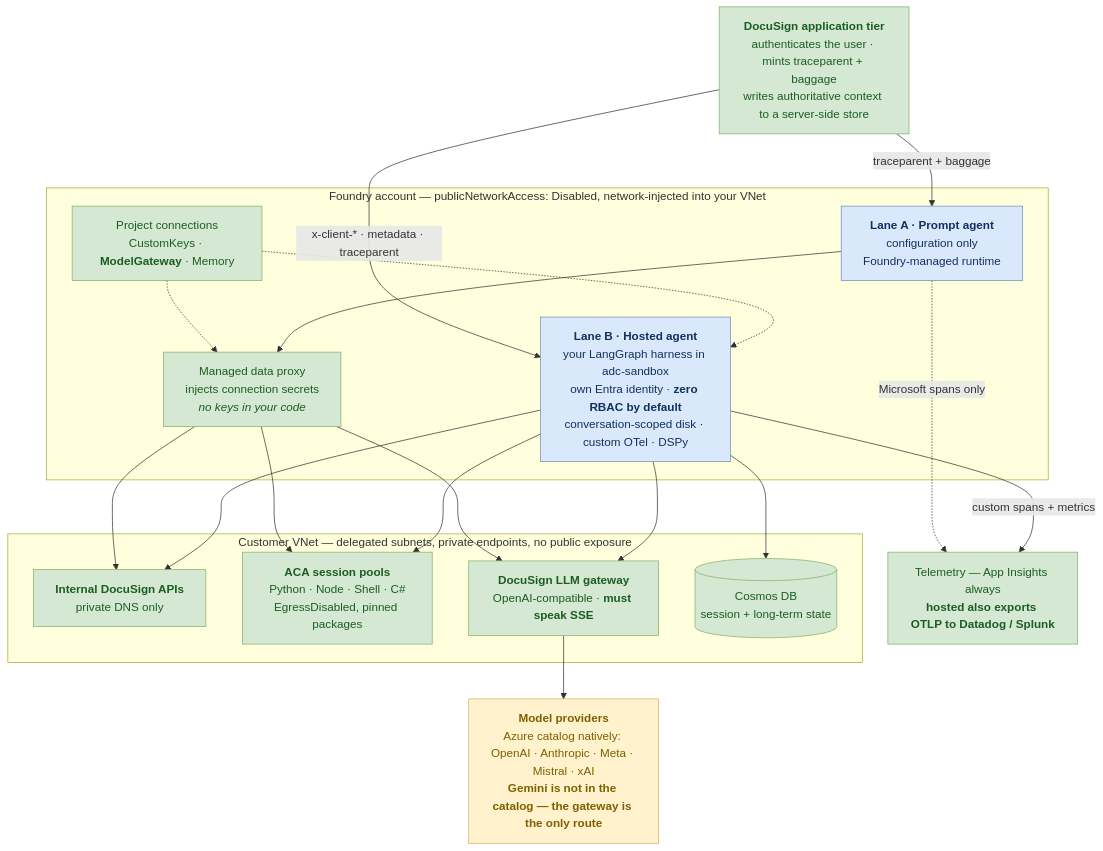
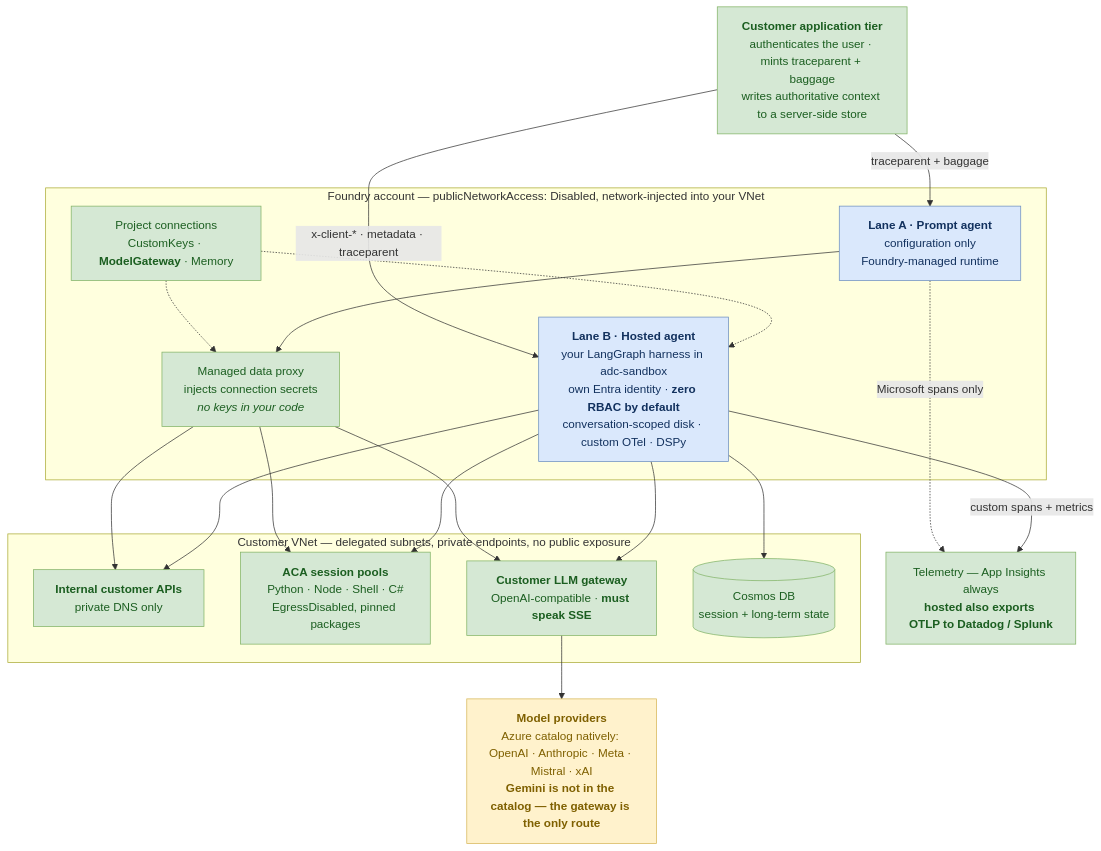
Before and after one commit to james-tn/foundry-agent-secure-patterns: the first of 2 diagrams in README.md, drawn with Mermaid. The commit also changed other lines of this file and 10 other files, not shown here.

````diff
--- a/README.md
+++ b/README.md
@@ -58,46 +58,46 @@
 ```mermaid
 flowchart TB
-  APP["<b>DocuSign application tier</b><br/>authenticates the user · mints traceparent + baggage<br/>writes authoritative context to a server-side store"]
+  APP["<b>Customer application tier</b><br/>authenticates the user · mints traceparent + baggage<br/>writes authoritative context to a server-side store"]
 
   subgraph FOUNDRY["Foundry account — publicNetworkAccess: Disabled, network-injected into your VNet"]
     PDEF["<b>Lane A · Prompt agent</b><br/>configuration only<br/>Foundry-managed runtime"]
     PROXY["Managed data proxy<br/>injects connection secrets<br/><i>no keys in your code</i>"]
     SBX["<b>Lane B · Hosted agent</b><br/>your LangGraph harness in adc-sandbox<br/>own Entra identity · <b>zero RBAC by default</b><br/>conversation-scoped disk · custom OTel · DSPy"]
     CONN["Project connections<br/>CustomKeys · <b>ModelGateway</b> · Memory"]
   end
 
   subgraph VNET["Customer VNet — delegated subnets, private endpoints, no public exposure"]
-    INTAPI["<b>Internal DocuSign APIs</b><br/>private DNS only"]
+    INTAPI["<b>Internal customer APIs</b><br/>private DNS only"]
     POOL["<b>ACA session pools</b><br/>Python · Node · Shell · C#<br/>EgressDisabled, pinned packages"]
-    GW["<b>DocuSign LLM gateway</b><br/>OpenAI-compatible · <b>must speak SSE</b>"]
+    GW["<b>Customer LLM gateway</b><br/>OpenAI-compatible · <b>must speak SSE</b>"]
     STATE[("Cosmos DB<br/>session + long-term state")]
   end
 
   PROV["<b>Model providers</b><br/>Azure catalog natively: OpenAI · Anthropic · Meta · Mistral · xAI<br/><b>Gemini is not in the catalog — the gateway is the only route</b>"]
   OBS["Telemetry — App Insights always<br/><b>hosted also exports OTLP to Datadog / Splunk</b>"]
 
   APP -->|"traceparent + baggage"| PDEF
   APP -->|"x-client-* · metadata · traceparent"| SBX
   CONN -.-> PROXY
   CONN -.-> SBX
   PDEF --> PROXY
 
   PROXY --> INTAPI
   PROXY --> POOL
   PROXY --> GW
   SBX --> INTAPI
   SBX --> POOL
   SBX --> GW
   SBX --> STATE
 
   GW --> PROV
   PDEF -.->|"Microsoft spans only"| OBS
   SBX -->|"custom spans + metrics"| OBS
 
   classDef lane fill:#dae8fc,stroke:#6c8ebf,color:#12315e
   classDef ok fill:#d5e8d4,stroke:#82b366,color:#1b5e20
   classDef note fill:#fff2cc,stroke:#d6b656,color:#7f6000
   class PDEF,SBX lane
   class APP,PROXY,CONN,INTAPI,POOL,GW,STATE,OBS ok
   class PROV note
 ```
````
